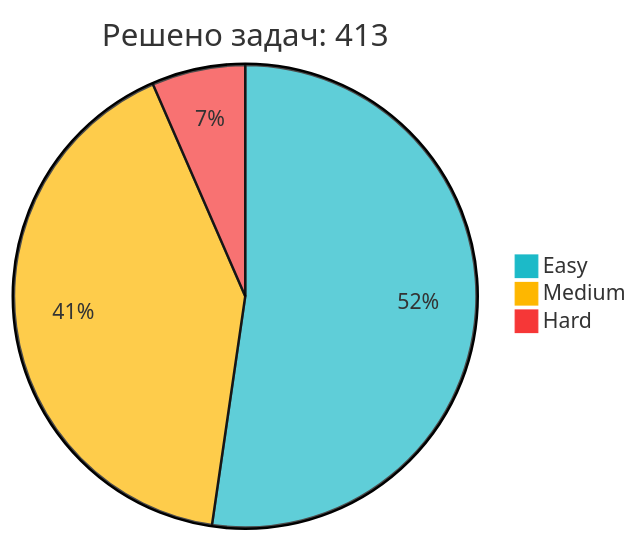
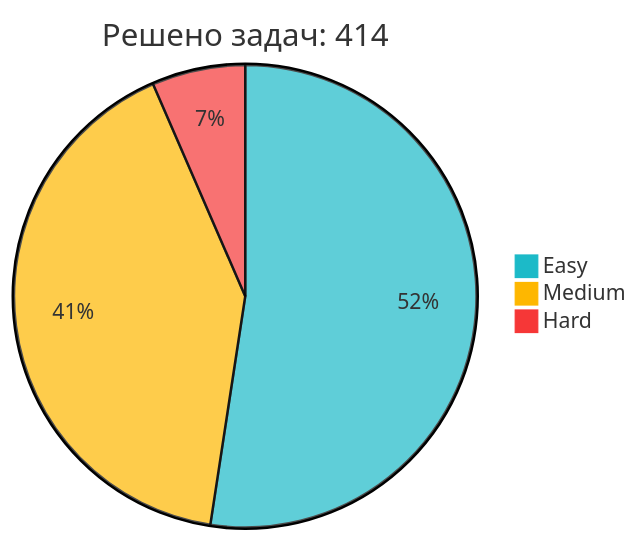
The diagram in README.md (IliaKurdukov/IliaKurdukov), drawn with Mermaid before and after one commit. The commit also changed other lines of this file, not shown here.

Commit message:
📈 Обновление статистики LeetCode

````diff
--- a/README.md
+++ b/README.md
@@ -51,7 +51,7 @@
 ```mermaid
 %%{init: {'theme': 'base', 'themeVariables': { 'pie1': '#1CBAC8', 'pie2': '#FEB700', 'pie3': '#F63737' }, 'config': {'width': 300, 'height': 200}}}%%
-pie title Решено задач: 413
-   "Easy" : 216
+pie title Решено задач: 414
+   "Easy" : 217
    "Medium" : 170
    "Hard" : 27
 ```
````
